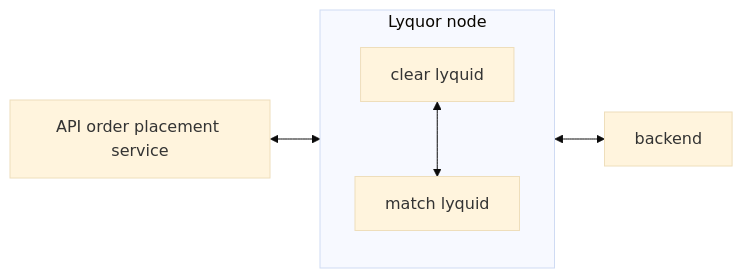
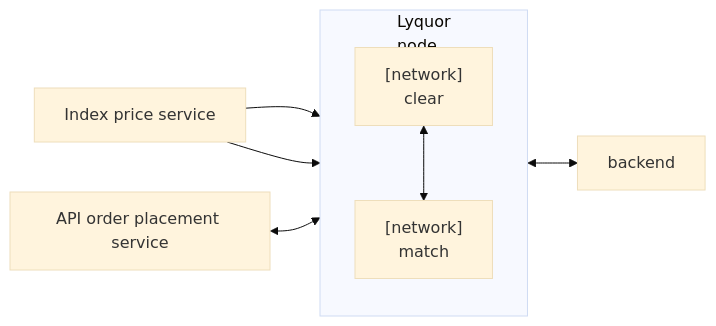
One commit to chaiyu2002/docs.moorelabsxyz.com changed the diagram in blog/2026-02-27/index.md. Above: the diagram before and after it, drawn with Mermaid (base theme). The commit also changed other lines of this file, not shown here.

Commit message:
Update 2026-02-27 blog diagram

````diff
--- a/blog/2026-02-27/index.md
+++ b/blog/2026-02-27/index.md
@@ -31,10 +31,14 @@
 ```mermaid
 flowchart LR
+  Z[Index price service]
   A[API order placement service] <--> B
-  subgraph B[Lyquor node]
-    C[clear lyquid]
-    D[match lyquid]
+  subgraph B[Lyquor<br/>node]
+    direction TB
+    C["[network]<br/>clear"]
+    D["[network]<br/>match"]
   end
+  Z --> C
+  Z --> D
   C <--> D
   B <--> E[backend]
 ```
````
